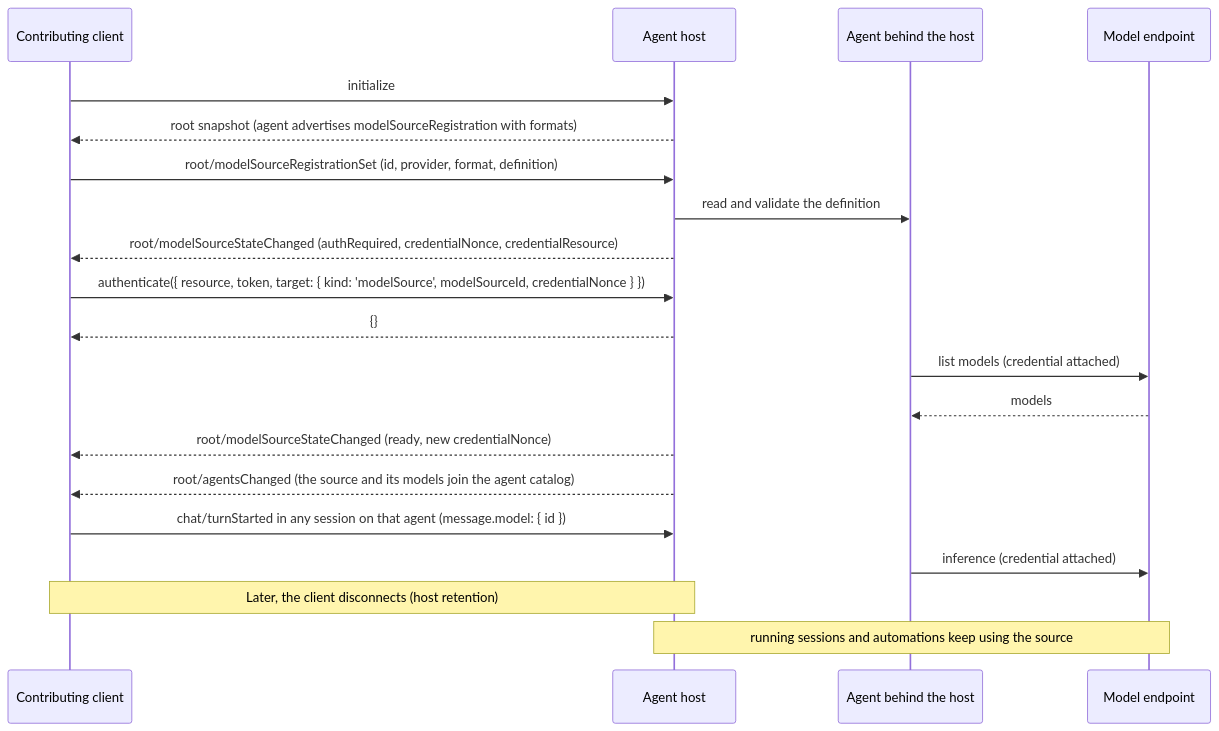
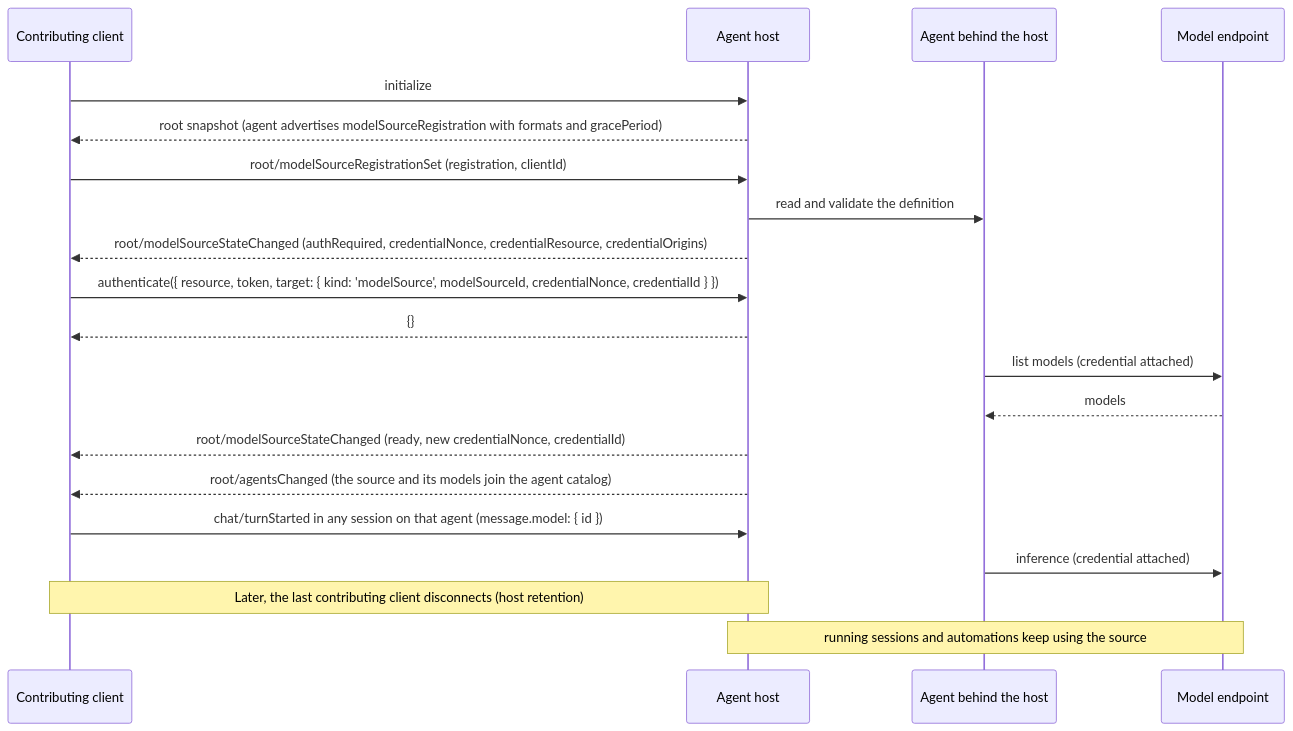
Before and after one commit to microsoft/agent-host-protocol: the second of 2 diagrams in docs/proposals/model-source-registry.md, drawn with Mermaid. The commit also changed other lines of this file, not shown here.

First line of the commit message:
docs: contributors, credential identity, and turn rules for the registry

````diff
--- a/docs/proposals/model-source-registry.md
+++ b/docs/proposals/model-source-registry.md
@@ -503,27 +616,27 @@
 ```mermaid
 sequenceDiagram
     participant C as Contributing client
     participant H as Agent host
     participant A as Agent behind the host
     participant E as Model endpoint
 
     C->>H: initialize
-    H-->>C: root snapshot (agent advertises modelSourceRegistration with formats)
+    H-->>C: root snapshot (agent advertises modelSourceRegistration with formats and gracePeriod)
 
-    C->>H: root/modelSourceRegistrationSet (id, provider, format, definition)
+    C->>H: root/modelSourceRegistrationSet (registration, clientId)
     H->>A: read and validate the definition
-    H-->>C: root/modelSourceStateChanged (authRequired, credentialNonce, credentialResource)
+    H-->>C: root/modelSourceStateChanged (authRequired, credentialNonce, credentialResource, credentialOrigins)
 
-    C->>H: authenticate({ resource, token, target: { kind: 'modelSource', modelSourceId, credentialNonce } })
+    C->>H: authenticate({ resource, token, target: { kind: 'modelSource', modelSourceId, credentialNonce, credentialId } })
     H-->>C: {}
     A->>E: list models (credential attached)
     E-->>A: models
-    H-->>C: root/modelSourceStateChanged (ready, new credentialNonce)
+    H-->>C: root/modelSourceStateChanged (ready, new credentialNonce, credentialId)
     H-->>C: root/agentsChanged (the source and its models join the agent catalog)
 
     C->>H: chat/turnStarted in any session on that agent (message.model: { id })
     A->>E: inference (credential attached)
 
-    Note over C,H: Later, the client disconnects (host retention)
+    Note over C,H: Later, the last contributing client disconnects (host retention)
     Note over H,E: running sessions and automations keep using the source
 ```
````
